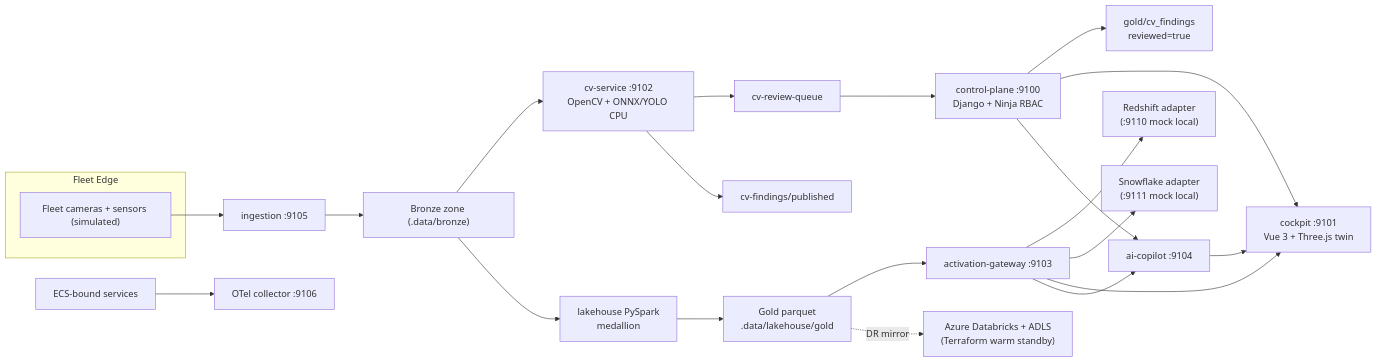
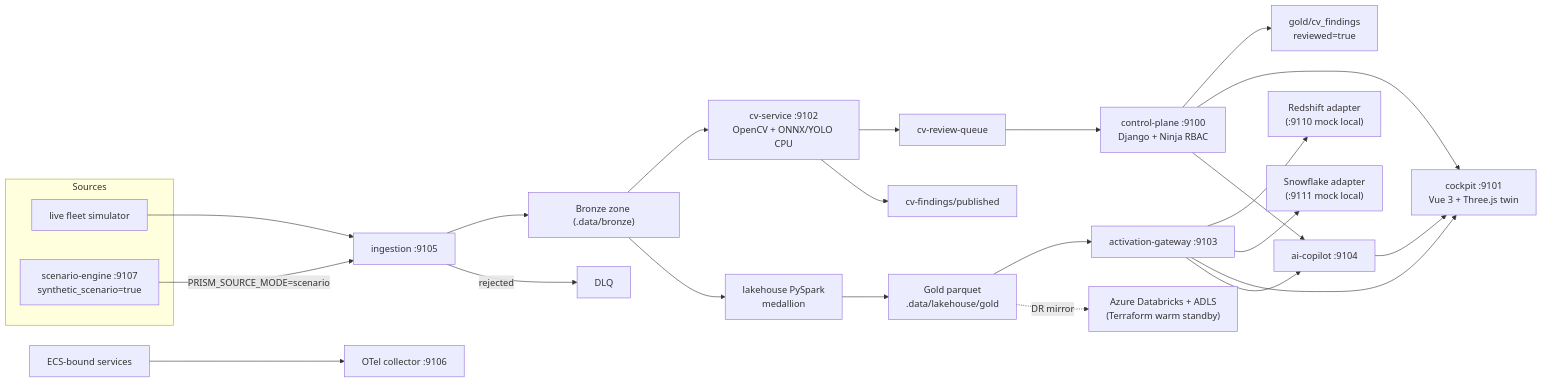
One commit to hamidmatiny/PRISM changed the diagram in ARCHITECTURE.md. Above: the diagram before and after it, drawn with Mermaid. The commit also changed other lines of this file and 36 other files, not shown here.

First line of the commit message:
phase-12: scenario-engine seeded chaos source and ADR-005

````diff
--- a/ARCHITECTURE.md
+++ b/ARCHITECTURE.md
@@ -11,25 +11,28 @@
 ```mermaid
 flowchart LR
-  subgraph Edge["Fleet Edge"]
-    Cams["Fleet cameras + sensors (simulated)"]
+  subgraph Sources["Sources"]
+    Cams["live fleet simulator"]
+    Scenario["scenario-engine :9107\nsynthetic_scenario=true"]
   end
   Cams --> Ingest["ingestion :9105"]
+  Scenario -->|"PRISM_SOURCE_MODE=scenario"| Ingest
   Ingest --> Bronze["Bronze zone (.data/bronze)"]
+  Ingest -->|rejected| DLQ["DLQ"]
   Bronze --> CV["cv-service :9102\nOpenCV + ONNX/YOLO CPU"]
   CV --> ReviewQ["cv-review-queue"]
   CV --> Published["cv-findings/published"]
   Bronze --> Lakehouse["lakehouse PySpark\nmedallion"]
   Lakehouse --> Gold["Gold parquet\n.data/lakehouse/gold"]
   ReviewQ --> CP["control-plane :9100\nDjango + Ninja RBAC"]
   CP --> GoldFindings["gold/cv_findings\nreviewed=true"]
   Gold --> Activation["activation-gateway :9103"]
   Activation --> Redshift["Redshift adapter\n(:9110 mock local)"]
   Activation --> Snowflake["Snowflake adapter\n(:9111 mock local)"]
   Gold -.->|"DR mirror"| Azure["Azure Databricks + ADLS\n(Terraform warm standby)"]
   CP --> Cockpit["cockpit :9101\nVue 3 + Three.js twin"]
   Activation --> Cockpit
   Activation --> Copilot["ai-copilot :9104"]
   CP --> Copilot
   Copilot --> Cockpit
   Services["ECS-bound services"] --> OTel["OTel collector :9106"]
 ```
````
